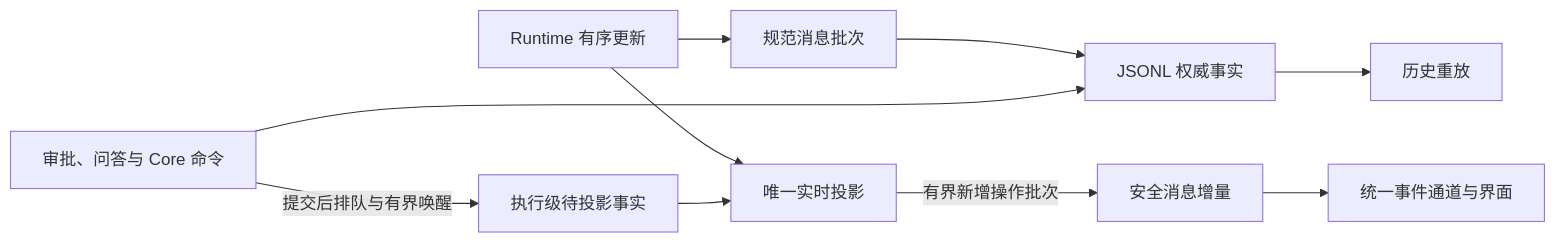
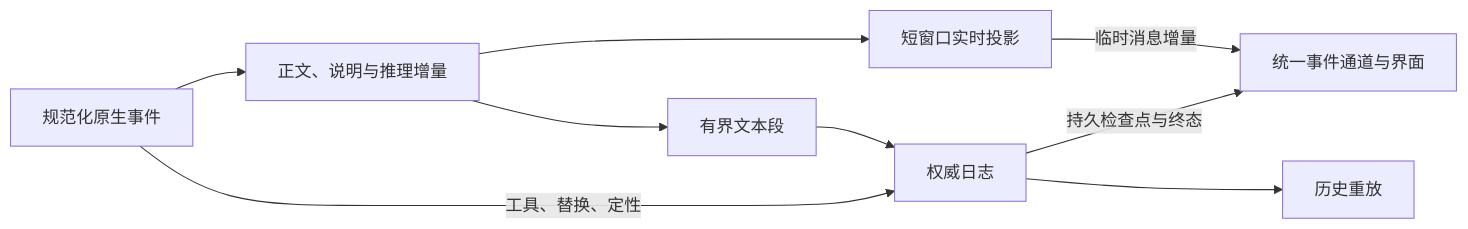
One commit to JieWaZi/NeuxBot changed the second of 2 diagrams in docs/architecture/chat-and-execution-cn.md. Above: the diagram before and after it, drawn with Mermaid. The commit also changed other lines of this file and 1459 other files, not shown here.

````diff
--- a/docs/architecture/chat-and-execution-cn.md
+++ b/docs/architecture/chat-and-execution-cn.md
@@ -103,12 +93,11 @@
 ```mermaid
 flowchart LR
-  Runtime[Runtime 有序更新] --> State[唯一实时投影]
-  Runtime --> Batch[规范消息批次]
-  Batch --> Log[JSONL 权威事实]
-  Interaction[审批、问答与 Core 命令] --> Log
-  Interaction -->|提交后排队与有界唤醒| Facts[执行级待投影事实]
-  Facts --> State
-  State -->|有界新增操作批次| Increment[安全消息增量]
-  Increment --> UI[统一事件通道与界面]
+  Runtime[规范化原生事件] --> Text[正文、说明与推理增量]
+  Text --> State[短窗口实时投影]
+  Text --> Batch[有界文本段]
+  Runtime -->|工具、替换、定性| Log[权威日志]
+  Batch --> Log
+  State -->|临时消息增量| UI[统一事件通道与界面]
+  Log -->|持久检查点与终态| UI
   Log --> Replay[历史重放]
 ```
````
